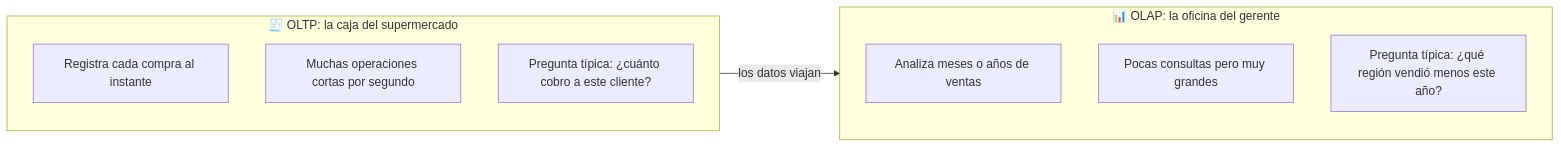
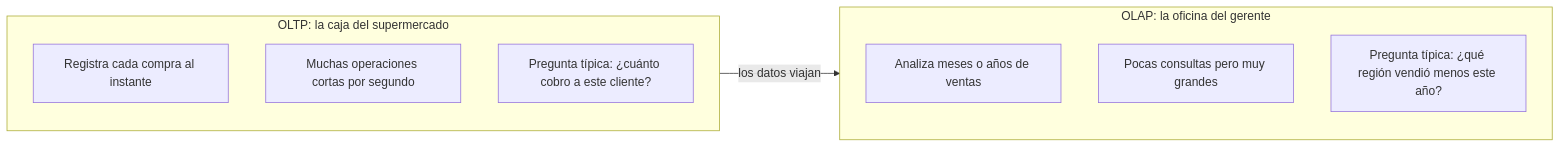
One commit to leanaraque/data_analytics_2026 changed the first of 18 diagrams in documentacion/Semana-02-Esquemas-Conceptos.md. Above: the diagram before and after it, drawn with Mermaid. The commit also changed other lines of this file and 109 other files, not shown here.

````diff
--- a/documentacion/Semana-02-Esquemas-Conceptos.md
+++ b/documentacion/Semana-02-Esquemas-Conceptos.md
@@ -10,16 +10,16 @@
 ```mermaid
 flowchart LR
-    subgraph OLTP["🧾 OLTP: la caja del supermercado"]
+    subgraph OLTP["OLTP: la caja del supermercado"]
         A1["Registra cada compra al instante"]
         A2["Muchas operaciones cortas por segundo"]
         A3["Pregunta típica: ¿cuánto cobro a este cliente?"]
     end
 
-    subgraph OLAP["📊 OLAP: la oficina del gerente"]
+    subgraph OLAP["OLAP: la oficina del gerente"]
         B1["Analiza meses o años de ventas"]
         B2["Pocas consultas pero muy grandes"]
         B3["Pregunta típica: ¿qué región vendió menos este año?"]
     end
 
     OLTP -- "los datos viajan" --> OLAP
 ```
````
